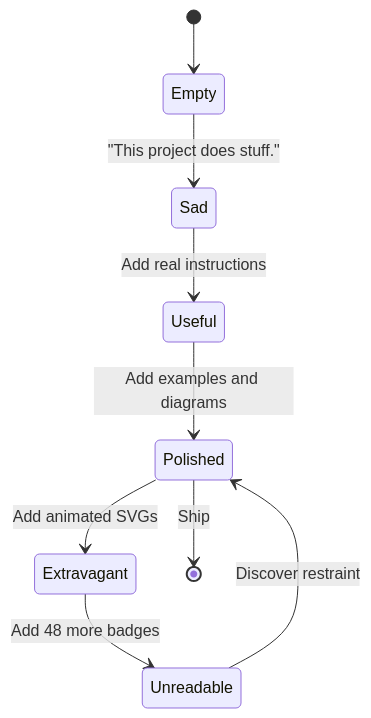
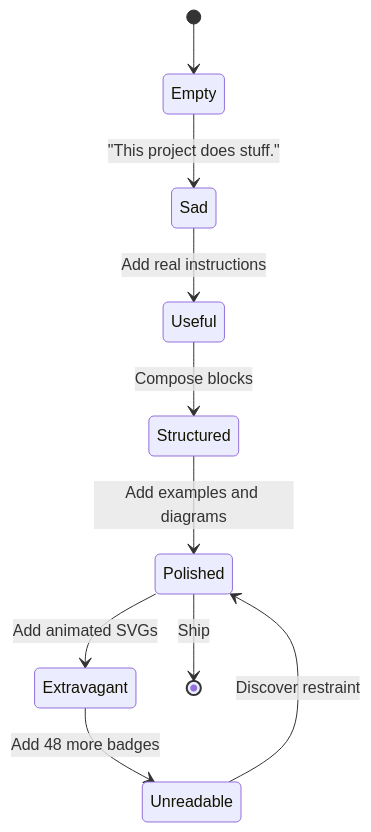
The fourth of 4 diagrams in README.md (thiepn/markdown), drawn with Mermaid before and after one commit. The commit also changed other lines of this file, not shown here.

````diff
--- a/README.md
+++ b/README.md
@@ -733,11 +869,12 @@
 ```mermaid
 stateDiagram-v2
     [*] --> Empty
     Empty --> Sad: "This project does stuff."
     Sad --> Useful: Add real instructions
-    Useful --> Polished: Add examples and diagrams
+    Useful --> Structured: Compose blocks
+    Structured --> Polished: Add examples and diagrams
     Polished --> Extravagant: Add animated SVGs
     Extravagant --> Unreadable: Add 48 more badges
     Unreadable --> Polished: Discover restraint
     Polished --> [*]: Ship
 ```
````
